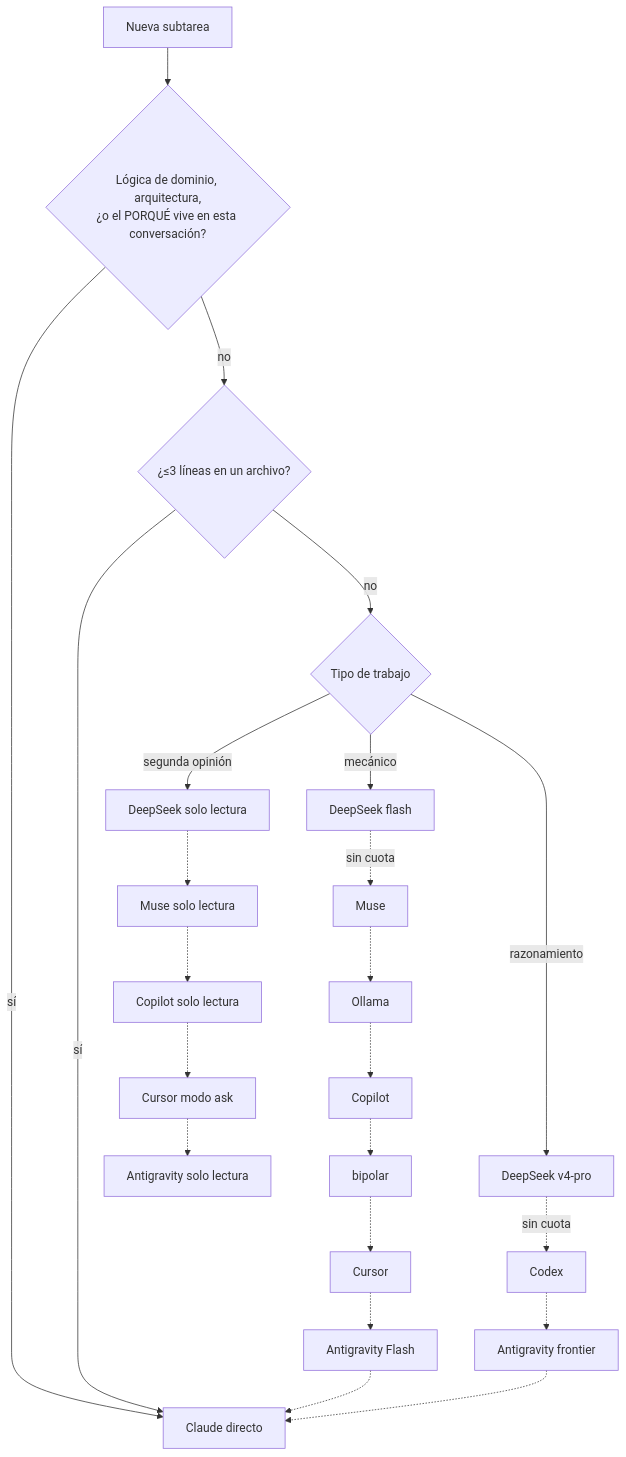
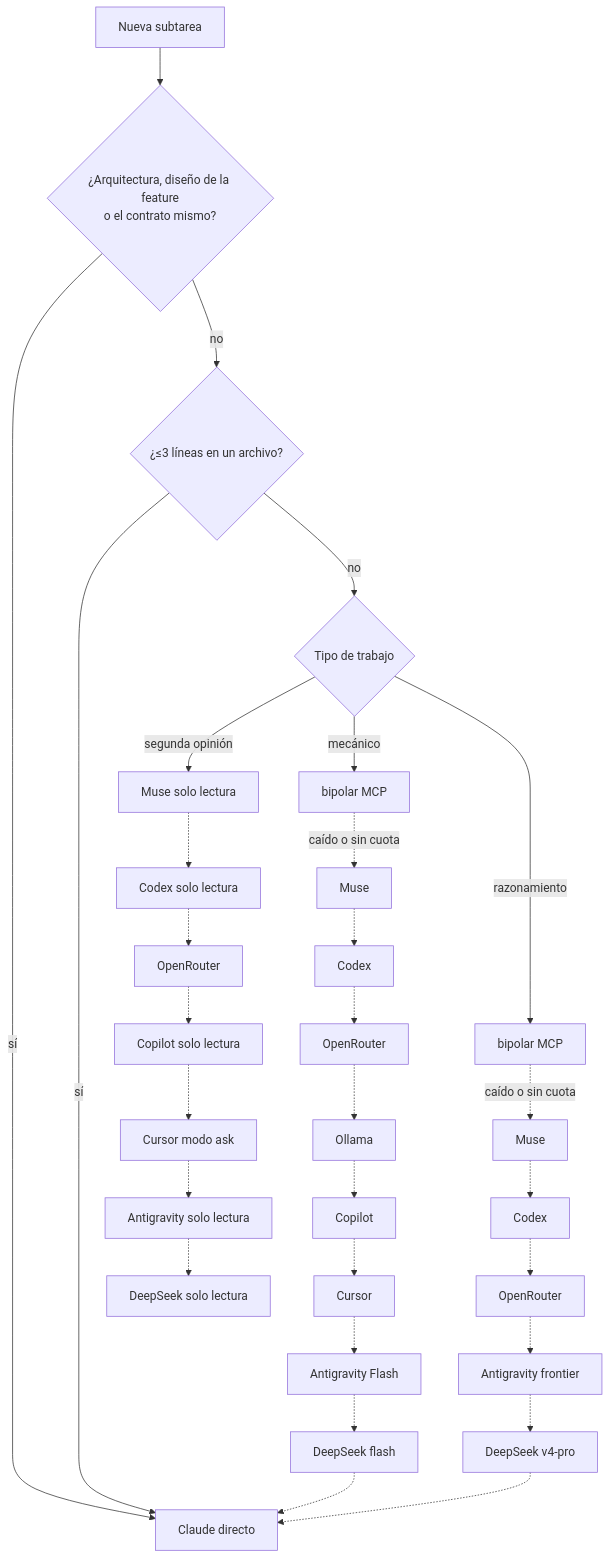
Before and after one commit to santiquiroz/claude-delegation-kit: the second of 3 diagrams in README.es.md, drawn with Mermaid. The commit also changed other lines of this file and 15 other files, not shown here.

First line of the commit message:
feat: bipolar MCP as preferred path, OpenRouter lane, Muse-first order (#1)

````diff
--- a/README.es.md
+++ b/README.es.md
@@ -34,11 +33,11 @@
 ```mermaid
 flowchart TD
-    T["Nueva subtarea"] --> Q1{"Lógica de dominio, arquitectura,<br/>¿o el PORQUÉ vive en esta conversación?"}
+    T["Nueva subtarea"] --> Q1{"¿Arquitectura, diseño de la feature<br/>o el contrato mismo?"}
     Q1 -->|sí| IN["Claude directo"]
     Q1 -->|no| Q2{"¿≤3 líneas en un archivo?"}
     Q2 -->|sí| IN
     Q2 -->|no| Q3{"Tipo de trabajo"}
-    Q3 -->|mecánico| M1["DeepSeek flash"] -.->|"sin cuota"| M2["Muse"] -.-> M3["Ollama"] -.-> M4["Copilot"] -.-> M5["bipolar"] -.-> M6["Cursor"] -.-> M7["Antigravity Flash"] -.-> IN
-    Q3 -->|razonamiento| R1["DeepSeek v4-pro"] -.->|"sin cuota"| R2["Codex"] -.-> R3["Antigravity frontier"] -.-> IN
-    Q3 -->|segunda opinión| S1["DeepSeek solo lectura"] -.-> S2["Muse solo lectura"] -.-> S3["Copilot solo lectura"] -.-> S4["Cursor modo ask"] -.-> S5["Antigravity solo lectura"]
+    Q3 -->|mecánico| M0["bipolar MCP"] -.->|"caído o sin cuota"| M1["Muse"] -.-> M2["Codex"] -.-> M3["OpenRouter"] -.-> M4["Ollama"] -.-> M5["Copilot"] -.-> M6["Cursor"] -.-> M7["Antigravity Flash"] -.-> M8["DeepSeek flash"] -.-> IN
+    Q3 -->|razonamiento| R0["bipolar MCP"] -.->|"caído o sin cuota"| R1["Muse"] -.-> R2["Codex"] -.-> R3["OpenRouter"] -.-> R4["Antigravity frontier"] -.-> R5["DeepSeek v4-pro"] -.-> IN
+    Q3 -->|segunda opinión| S1["Muse solo lectura"] -.-> S2["Codex solo lectura"] -.-> S3["OpenRouter"] -.-> S4["Copilot solo lectura"] -.-> S5["Cursor modo ask"] -.-> S6["Antigravity solo lectura"] -.-> S7["DeepSeek solo lectura"]
 ```
````
